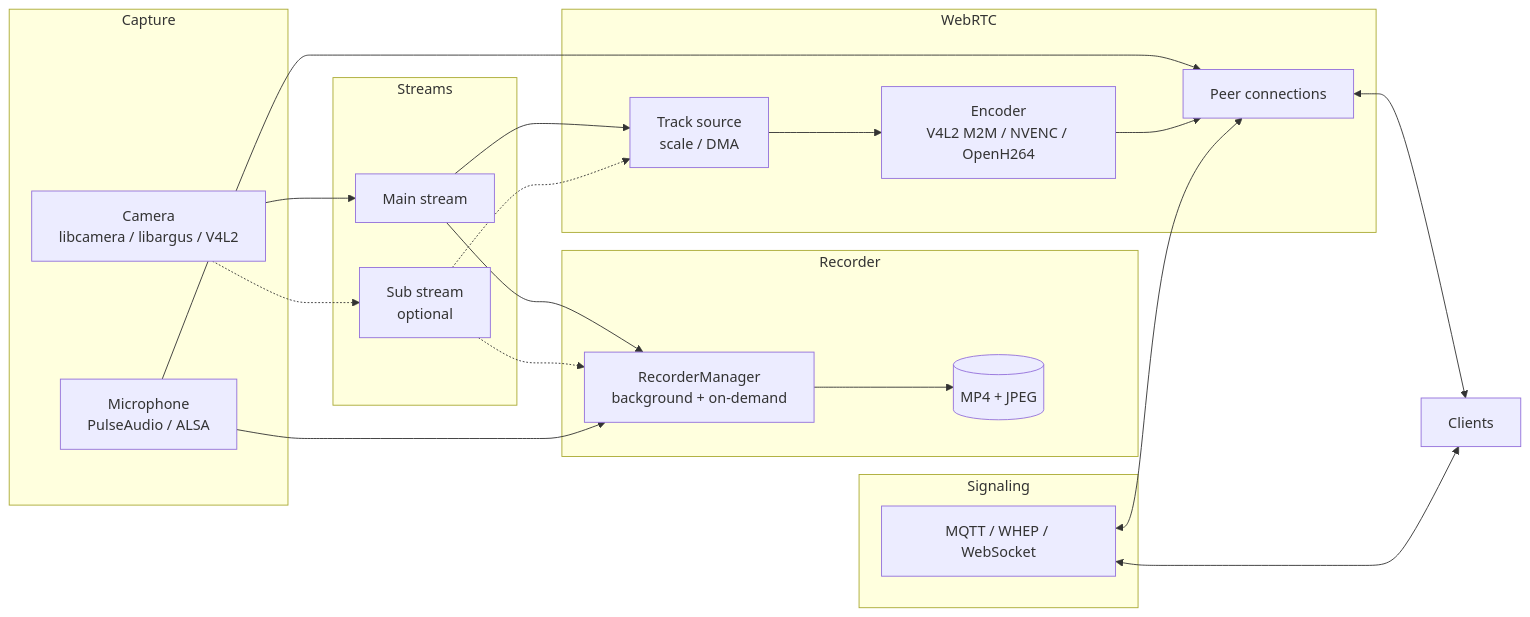
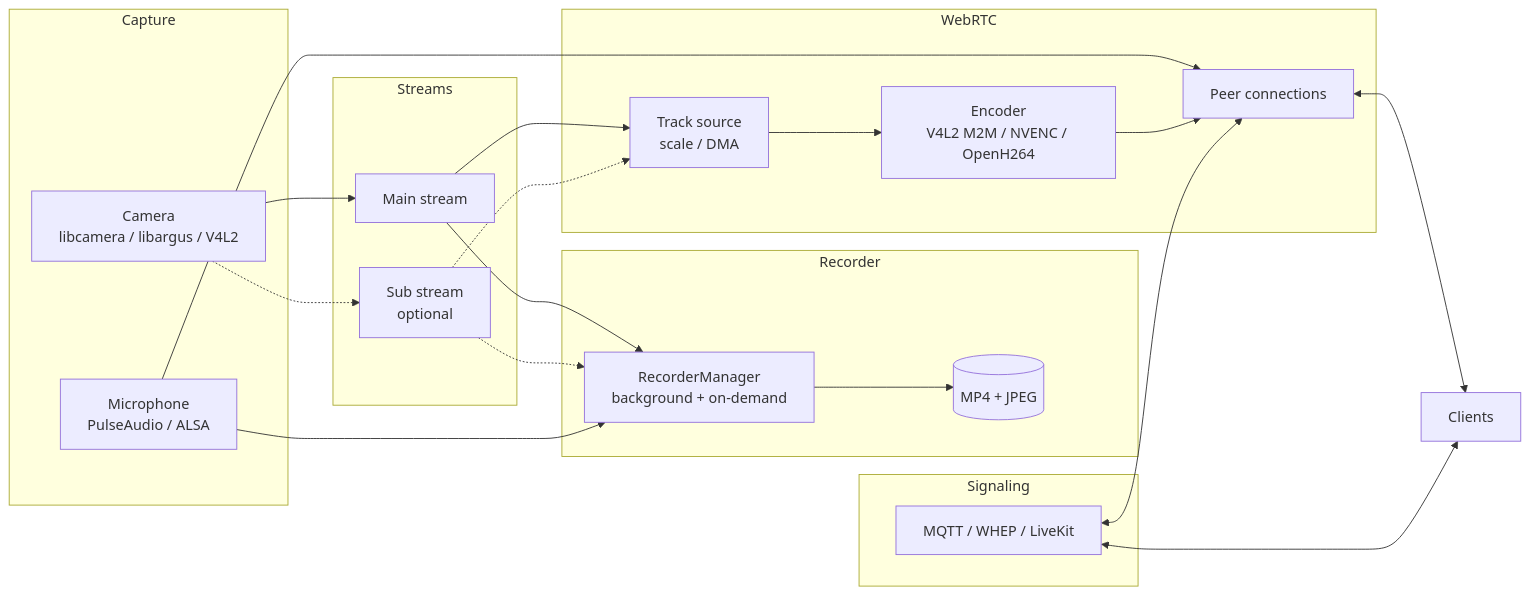
The diagram in docs/ARCHITECTURE.md (TzuHuanTai/RaspberryPi-WebRTC), drawn with Mermaid before and after one commit. The commit also changed other lines of this file and 6 other files, not shown here.

Commit message:
refactor: rename WebsocketService to LiveKitService

````diff
--- a/docs/ARCHITECTURE.md
+++ b/docs/ARCHITECTURE.md
@@ -8,41 +8,41 @@
 ```mermaid
 graph LR
     subgraph Capture
         CAM[Camera<br/>libcamera / libargus / V4L2]
         MIC[Microphone<br/>PulseAudio / ALSA]
     end
 
     subgraph Streams
         MAIN[Main stream]
         SUB[Sub stream<br/>optional]
     end
 
     subgraph WebRTC
         TRACK[Track source<br/>scale / DMA]
         ENC[Encoder<br/>V4L2 M2M / NVENC / OpenH264]
         PEER[Peer connections]
     end
 
     subgraph Recorder
         REC[RecorderManager<br/>background + on-demand]
         MP4[(MP4 + JPEG)]
     end
 
     subgraph Signaling
-        SIG[MQTT / WHEP / WebSocket]
+        SIG[MQTT / WHEP / LiveKit]
     end
 
     CAM --> MAIN
     CAM -.-> SUB
     MAIN --> TRACK
     SUB -.-> TRACK
     MAIN --> REC
     SUB -.-> REC
     MIC --> PEER
     MIC --> REC
     TRACK --> ENC --> PEER
     REC --> MP4
     SIG <--> PEER
     PEER <--> CLIENT[Clients]
     SIG <--> CLIENT
 ```
````
